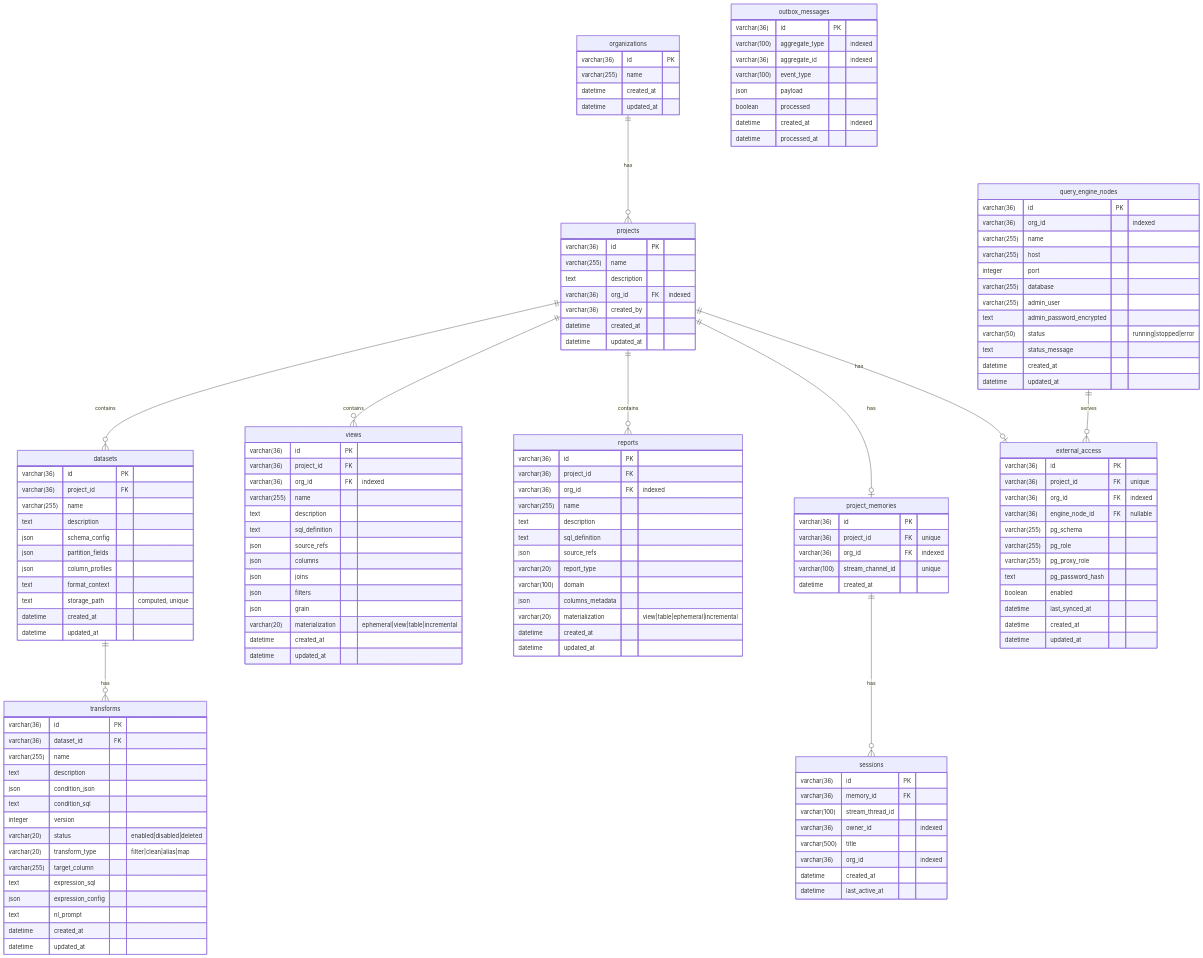
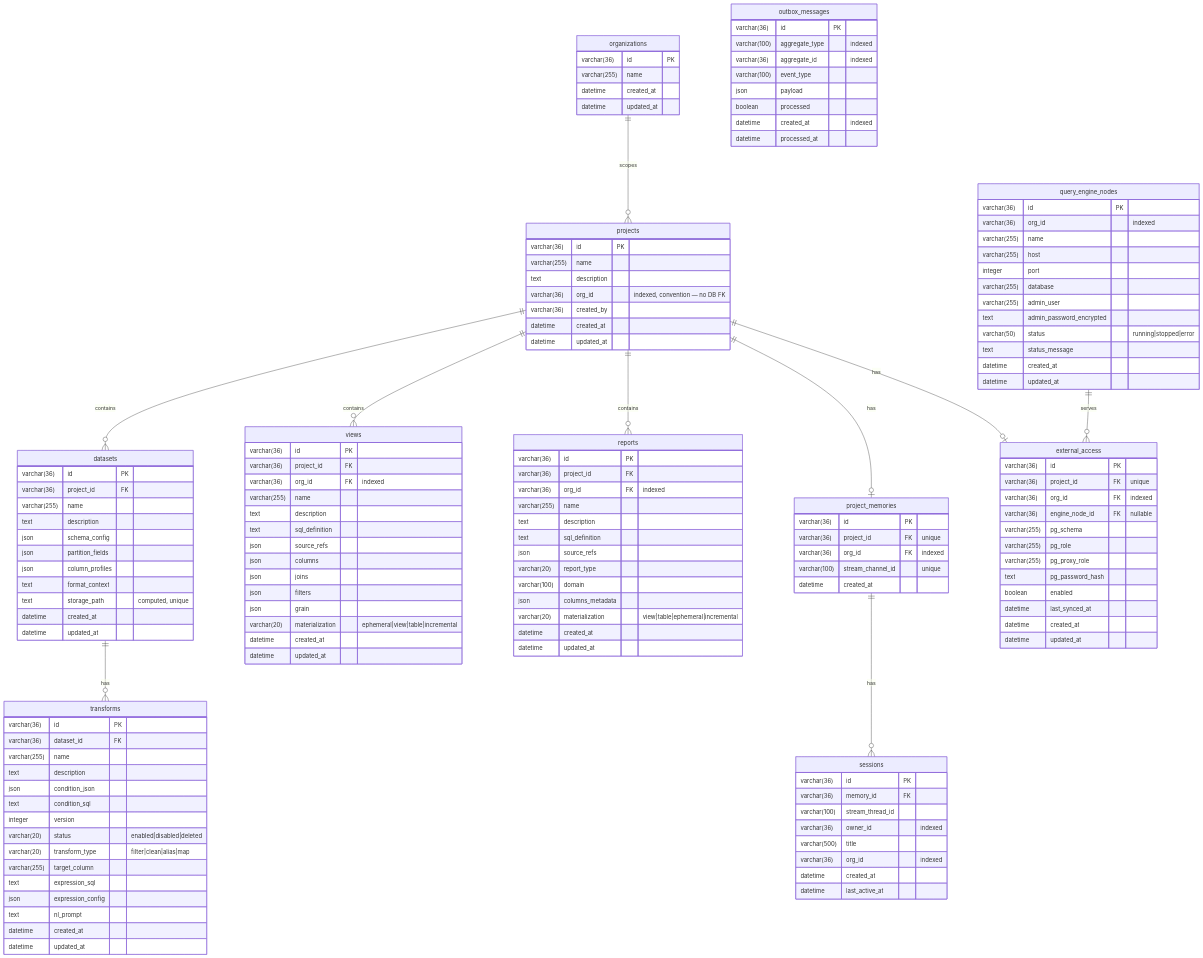
The diagram in docs/domain/erd.mermaid (jzallen/dashboard-chat), drawn with Mermaid before and after one commit. The commit also changed 5 other files, not shown here.

First line of the commit message:
docs: fix inaccuracies found during solutions architect review

```diff
--- a/docs/domain/erd.mermaid
+++ b/docs/domain/erd.mermaid
@@ -1,156 +1,158 @@
 %% Entity-Relationship Diagram — Dashboard Chat
 %% All 11 tables with relationships and key columns
 
 erDiagram
     organizations {
         varchar(36) id PK
         varchar(255) name
         datetime created_at
         datetime updated_at
     }
 
     projects {
         varchar(36) id PK
         varchar(255) name
         text description
-        varchar(36) org_id FK "indexed"
+        varchar(36) org_id "indexed, convention — no DB FK"
         varchar(36) created_by
         datetime created_at
         datetime updated_at
     }
 
     datasets {
         varchar(36) id PK
         varchar(36) project_id FK
         varchar(255) name
         text description
         json schema_config
         json partition_fields
         json column_profiles
         text format_context
         text storage_path "computed, unique"
         datetime created_at
         datetime updated_at
     }
 
     transforms {
         varchar(36) id PK
         varchar(36) dataset_id FK
         varchar(255) name
         text description
         json condition_json
         text condition_sql
         integer version
         varchar(20) status "enabled|disabled|deleted"
         varchar(20) transform_type "filter|clean|alias|map"
         varchar(255) target_column
         text expression_sql
         json expression_config
         text nl_prompt
         datetime created_at
         datetime updated_at
     }
 
     views {
         varchar(36) id PK
         varchar(36) project_id FK
         varchar(36) org_id FK "indexed"
         varchar(255) name
         text description
         text sql_definition
         json source_refs
         json columns
         json joins
         json filters
         json grain
         varchar(20) materialization "ephemeral|view|table|incremental"
         datetime created_at
         datetime updated_at
     }
 
     reports {
         varchar(36) id PK
         varchar(36) project_id FK
         varchar(36) org_id FK "indexed"
         varchar(255) name
         text description
         text sql_definition
         json source_refs
         varchar(20) report_type
         varchar(100) domain
         json columns_metadata
         varchar(20) materialization "view|table|ephemeral|incremental"
         datetime created_at
         datetime updated_at
     }
 
     external_access {
         varchar(36) id PK
         varchar(36) project_id FK "unique"
         varchar(36) org_id FK "indexed"
         varchar(36) engine_node_id FK "nullable"
         varchar(255) pg_schema
         varchar(255) pg_role
         varchar(255) pg_proxy_role
         text pg_password_hash
         boolean enabled
         datetime last_synced_at
         datetime created_at
         datetime updated_at
     }
 
     query_engine_nodes {
         varchar(36) id PK
         varchar(36) org_id "indexed"
         varchar(255) name
         varchar(255) host
         integer port
         varchar(255) database
         varchar(255) admin_user
         text admin_password_encrypted
         varchar(50) status "running|stopped|error"
         text status_message
         datetime created_at
         datetime updated_at
     }
 
     project_memories {
         varchar(36) id PK
         varchar(36) project_id FK "unique"
         varchar(36) org_id FK "indexed"
         varchar(100) stream_channel_id "unique"
         datetime created_at
     }
 
     sessions {
         varchar(36) id PK
         varchar(36) memory_id FK
         varchar(100) stream_thread_id
         varchar(36) owner_id "indexed"
         varchar(500) title
         varchar(36) org_id "indexed"
         datetime created_at
         datetime last_active_at
     }
 
     outbox_messages {
         varchar(36) id PK
         varchar(100) aggregate_type "indexed"
         varchar(36) aggregate_id "indexed"
         varchar(100) event_type
         json payload
         boolean processed
         datetime created_at "indexed"
         datetime processed_at
     }
 
     %% Relationships
-    organizations ||--o{ projects : "has"
+    %% Note: organizations → projects is a logical relationship enforced by
+    %% application convention (RestrictedSession), not a database-level FK.
+    organizations ||--o{ projects : "scopes"
     projects ||--o{ datasets : "contains"
     projects ||--o{ views : "contains"
     projects ||--o{ reports : "contains"
     projects ||--o| project_memories : "has"
     projects ||--o| external_access : "has"
     datasets ||--o{ transforms : "has"
     project_memories ||--o{ sessions : "has"
     query_engine_nodes ||--o{ external_access : "serves"
```
